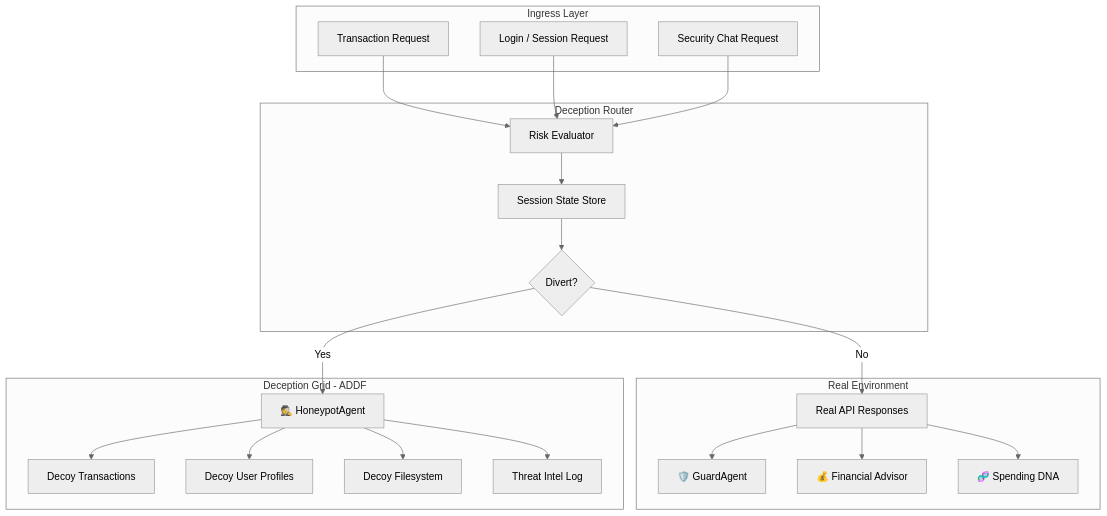
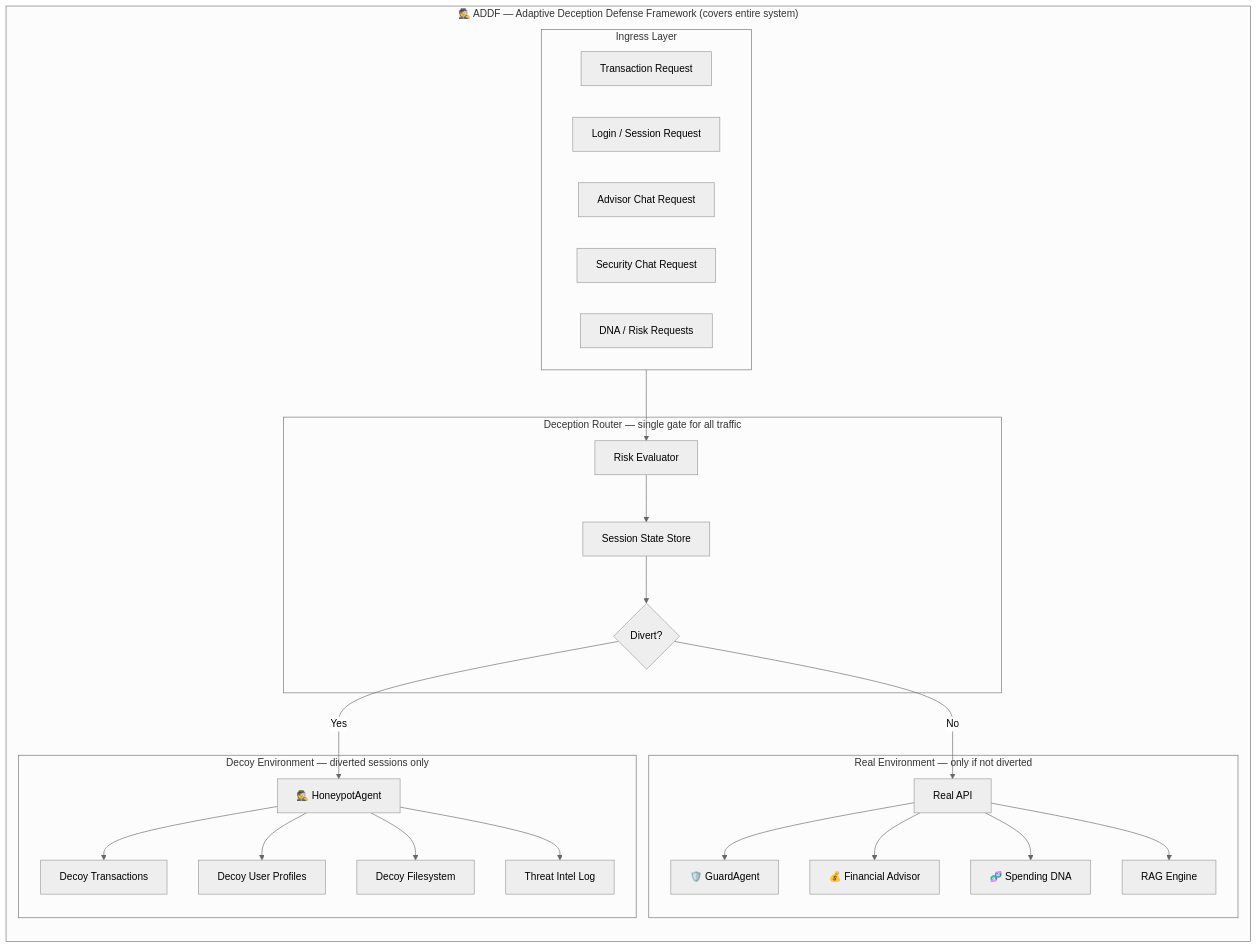
The first of 6 diagrams in README.md (ladkrutarth/MultiAgentSecurityShield-), drawn with Mermaid (neutral theme) before and after one commit. The commit also changed other lines of this file and 8 other files, not shown here.

Commit message:
Update: System-wide ADDF (Deception) integration, multi-agent Financial Advisor orchestration, and LLM-synthesized dialogue

````diff
--- a/README.md
+++ b/README.md
@@ -41,44 +41,49 @@
 ```mermaid
 flowchart TB
-    subgraph Ingress [Ingress Layer]
-        TxnReq[Transaction Request]
-        LoginReq[Login / Session Request]
-        ChatReq[Security Chat Request]
+    subgraph ADDF["🕵️ ADDF — Adaptive Deception Defense Framework (covers entire system)"]
+        direction TB
+        subgraph Ingress [Ingress Layer]
+            TxnReq[Transaction Request]
+            LoginReq[Login / Session Request]
+            AdvisorReq[Advisor Chat Request]
+            SecurityReq[Security Chat Request]
+            DNAReq[DNA / Risk Requests]
+        end
+
+        subgraph Router [Deception Router — single gate for all traffic]
+            RiskEval[Risk Evaluator]
+            SessionState[Session State Store]
+            DivertCheck{Divert?}
+        end
+
+        subgraph Real [Real Environment — only if not diverted]
+            RealAPI[Real API]
+            GuardAgent[🛡️ GuardAgent]
+            FinAdvisor[💰 Financial Advisor]
+            DNA[🧬 Spending DNA]
+            RAG[RAG Engine]
+        end
+
+        subgraph Decoy [Decoy Environment — diverted sessions only]
+            HoneypotAgent[🕵️ HoneypotAgent]
+            DecoyTxn[Decoy Transactions]
+            DecoyUser[Decoy User Profiles]
+            DecoyFS[Decoy Filesystem]
+            ThreatLog[Threat Intel Log]
+        end
+
+        Ingress --> RiskEval
+        RiskEval --> SessionState
+        SessionState --> DivertCheck
+        DivertCheck -->|No| RealAPI
+        DivertCheck -->|Yes| HoneypotAgent
+        RealAPI --> GuardAgent
+        RealAPI --> FinAdvisor
+        RealAPI --> DNA
+        RealAPI --> RAG
+        HoneypotAgent --> DecoyTxn
+        HoneypotAgent --> DecoyUser
+        HoneypotAgent --> DecoyFS
+        HoneypotAgent --> ThreatLog
     end
-
-    subgraph Router [Deception Router]
-        RiskEval[Risk Evaluator]
-        SessionState[Session State Store]
-        DivertCheck{Divert?}
-    end
-
-    subgraph Real [Real Environment]
-        RealAPI[Real API Responses]
-        GuardAgent[🛡️ GuardAgent]
-        FinAdvisor[💰 Financial Advisor]
-        DNA[🧬 Spending DNA]
-    end
-
-    subgraph Decoy [Deception Grid - ADDF]
-        HoneypotAgent[🕵️ HoneypotAgent]
-        DecoyTxn[Decoy Transactions]
-        DecoyUser[Decoy User Profiles]
-        DecoyFS[Decoy Filesystem]
-        ThreatLog[Threat Intel Log]
-    end
-
-    TxnReq --> RiskEval
-    LoginReq --> RiskEval
-    ChatReq --> RiskEval
-    RiskEval --> SessionState
-    SessionState --> DivertCheck
-    DivertCheck -->|No| RealAPI
-    DivertCheck -->|Yes| HoneypotAgent
-    HoneypotAgent --> DecoyTxn
-    HoneypotAgent --> DecoyUser
-    HoneypotAgent --> DecoyFS
-    HoneypotAgent --> ThreatLog
-    RealAPI --> GuardAgent
-    RealAPI --> FinAdvisor
-    RealAPI --> DNA
 ```
````
